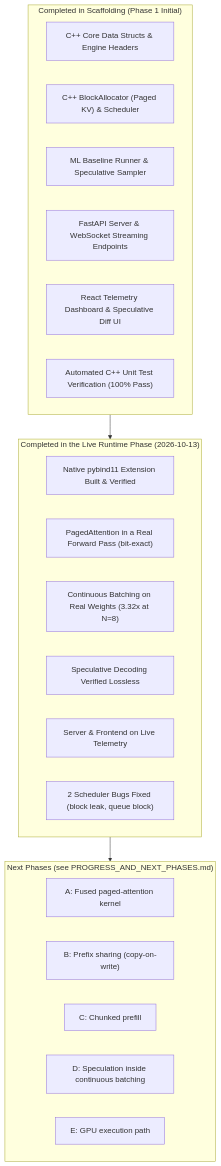
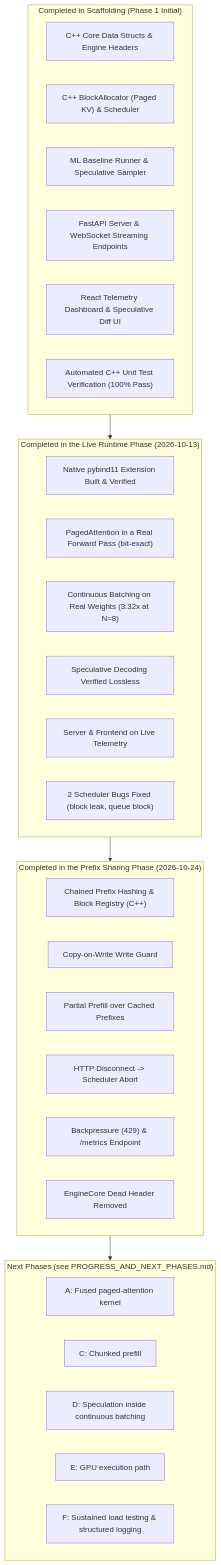
The diagram in CURRENT_STATUS.md (Anant3133/memforge), drawn with Mermaid before and after one commit. The commit also changed other lines of this file and 5 other files, not shown here.

````diff
--- a/CURRENT_STATUS.md
+++ b/CURRENT_STATUS.md
@@ -12,30 +12,39 @@
 ```mermaid
 graph TD
     subgraph S1["Completed in Scaffolding (Phase 1 Initial)"]
         C1["C++ Core Data Structs & Engine Headers"]
         C2["C++ BlockAllocator (Paged KV) & Scheduler"]
         C3["ML Baseline Runner & Speculative Sampler"]
         C4["FastAPI Server & WebSocket Streaming Endpoints"]
         C5["React Telemetry Dashboard & Speculative Diff UI"]
         C6["Automated C++ Unit Test Verification (100% Pass)"]
     end
 
     subgraph S2["Completed in the Live Runtime Phase (2026-10-13)"]
         N1["Native pybind11 Extension Built & Verified"]
         N2["PagedAttention in a Real Forward Pass (bit-exact)"]
         N3["Continuous Batching on Real Weights (3.32x at N=8)"]
         N4["Speculative Decoding Verified Lossless"]
         N5["Server & Frontend on Live Telemetry"]
         N6["2 Scheduler Bugs Fixed (block leak, queue block)"]
     end
 
-    subgraph S3["Next Phases (see PROGRESS_AND_NEXT_PHASES.md)"]
+    subgraph S3["Completed in the Prefix Sharing Phase (2026-10-24)"]
+        B1["Chained Prefix Hashing & Block Registry (C++)"]
+        B2["Copy-on-Write Write Guard"]
+        B3["Partial Prefill over Cached Prefixes"]
+        B4["HTTP Disconnect -> Scheduler Abort"]
+        B5["Backpressure (429) & /metrics Endpoint"]
+        B6["EngineCore Dead Header Removed"]
+    end
+
+    subgraph S4["Next Phases (see PROGRESS_AND_NEXT_PHASES.md)"]
         P1["A: Fused paged-attention kernel"]
-        P2["B: Prefix sharing (copy-on-write)"]
         P3["C: Chunked prefill"]
         P4["D: Speculation inside continuous batching"]
         P5["E: GPU execution path"]
+        P6["F: Sustained load testing & structured logging"]
     end
 
-    S1 --> S2 --> S3
+    S1 --> S2 --> S3 --> S4
 ```
````
